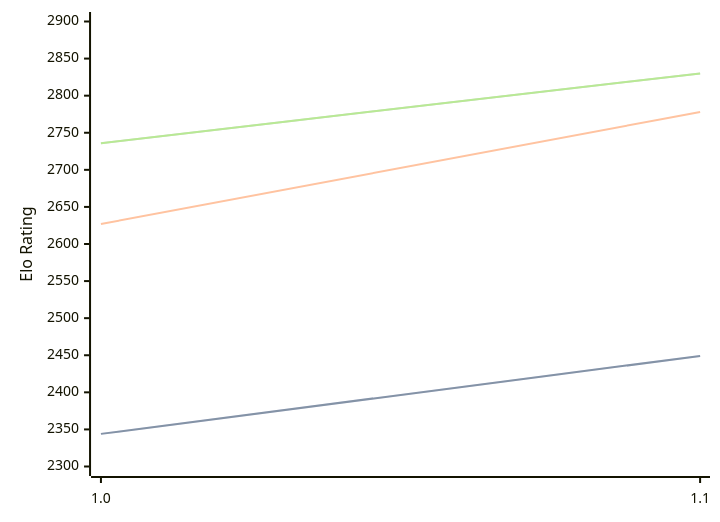
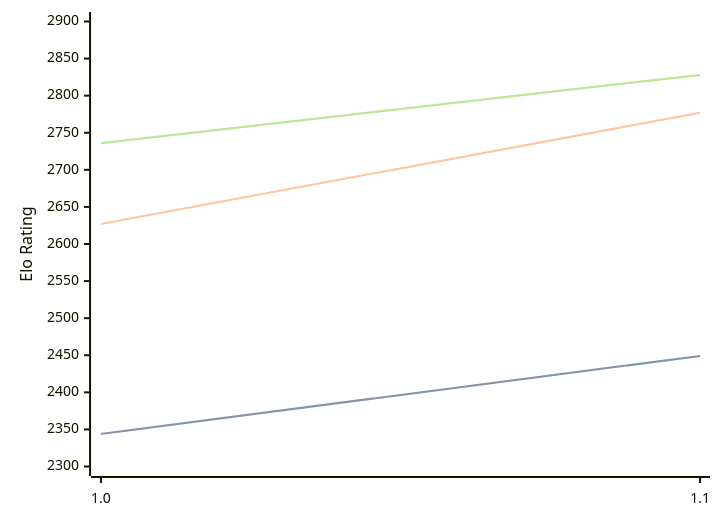
Before and after one commit to computer-chess-index/cci: the diagram in engines/Casanchess.md, drawn with Mermaid. The commit also changed other lines of this file, not shown here.

Commit message:
Update CCI Ratings (ELO VLTC) - 2026-09-04

````diff
--- a/engines/Casanchess.md
+++ b/engines/Casanchess.md
@@ -32,11 +32,11 @@
 ```mermaid
 %%{init: {"theme":"base","themeVariables":{"seriesColors:['#a3a3a3','#222221','#faa371']}}}%%
 xychart-beta
   x-axis ["1.0", "1.1"]
   y-axis "Elo Rating" 2300 --> 2900
   line "" [2344, 2449]
   line "STC (8.0+0.08s)" [2344, 2449]
-  line "LTC (60.0+0.60s)" [2627, 2778]
-  line "" [2736, 2830]
-  line "VLTC (2m24s+1.12s)" [2736, 2830]
+  line "LTC (60.0+0.60s)" [2627, 2777]
+  line "" [2736, 2828]
+  line "VLTC (2m24s+1.12s)" [2736, 2828]
 ```
````
